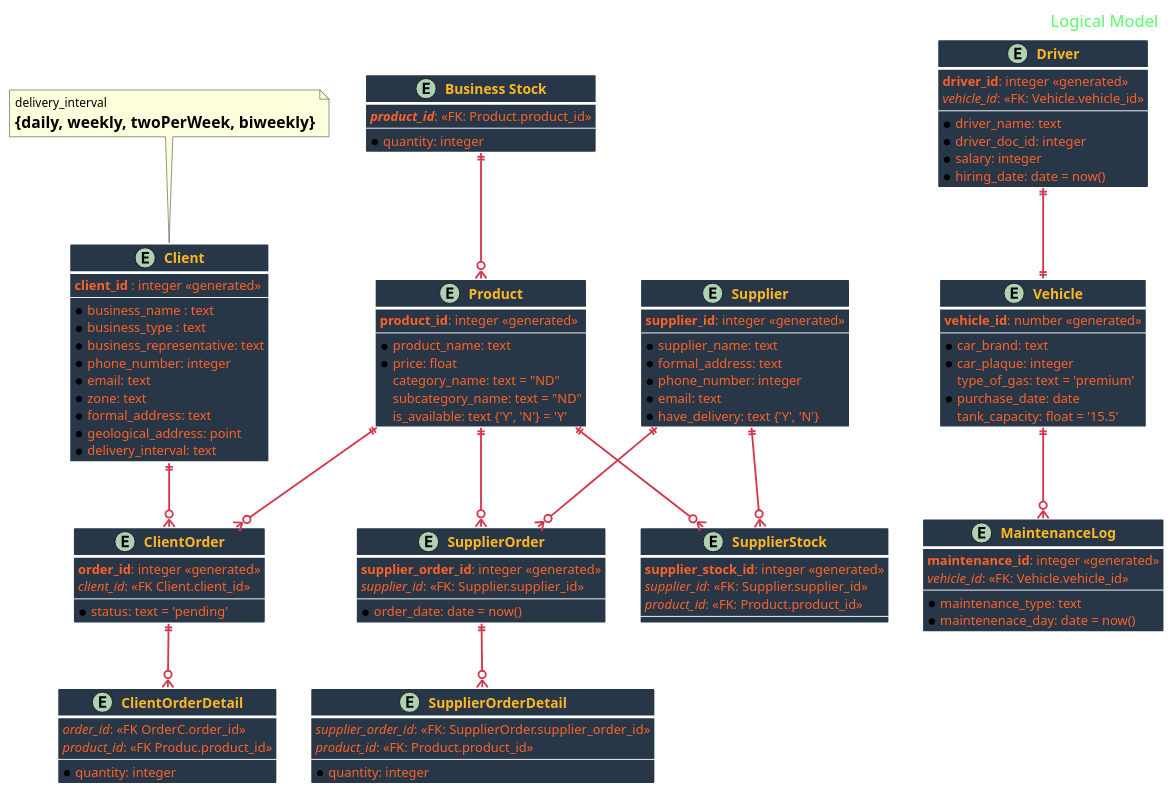
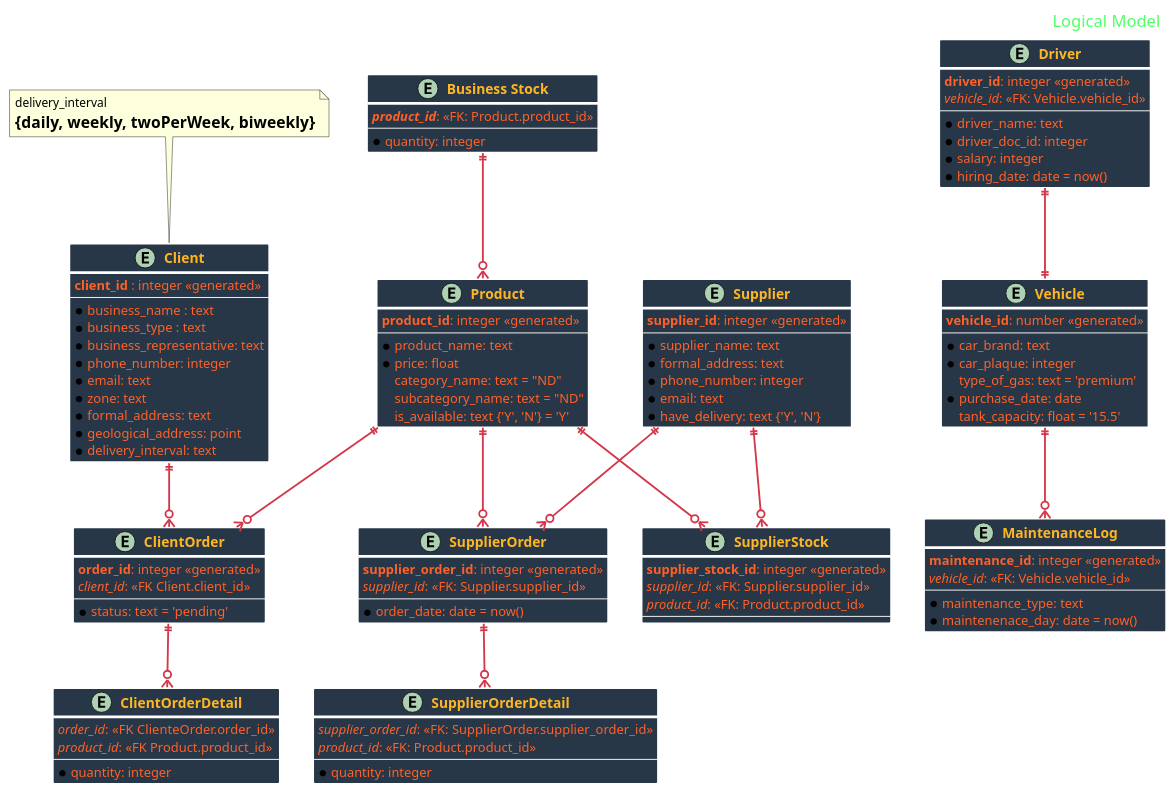
The diagram in logical_diagram.puml (hros19/CorreCaminos-management-system), drawn with PlantUML before and after one commit.

```diff
--- a/logical_diagram.puml
+++ b/logical_diagram.puml
@@ -1,144 +1,144 @@
 @startuml Logical Database Model
 
 skinparam BackgroundColor transparent
 
 skinparam HeaderFontColor #52FF69
 skinparam HeaderFontSize 18
 
 skinparam ArrowFontSize 15
 skinparam ArrowColor D3374A
 skinparam ArrowThickness 2
 skinparam ArrowFontColor #3FD0C4
 
 skinparam ClassBorderColor white
 skinparam ClassBorderThickness 3
 skinparam ClassAttributeFontSize 14
 skinparam ClassAttributeFontColor FF6127
 skinparam ClassBackgroundColor #283747
 skinparam ClassFontSize 15
 skinparam ClassFontStyle Bold
 skinparam ClassFontColor #FFB623
 
 
 header Logical Model
 
 entity "Client" as Client {
   **client_id** : integer <<generated>>
   --
   *business_name : text
   *business_type : text
   *business_representative: text
   *phone_number: integer
   *email: text
   *zone: text
   *formal_address: text
   *geological_address: point
   *delivery_interval: text
 }
 note top
   delivery_interval 
   = {daily, weekly, twoPerWeek, biweekly}
 end note
 
 entity "Vehicle" as Vehicle {
     **vehicle_id**: number <<generated>>
     --
     *car_brand: text
     *car_plaque: integer
     type_of_gas: text = 'premium'
     *purchase_date: date
     tank_capacity: float = '15.5' 
 }
 
 entity "MaintenanceLog" as MaintenanceLog {
     **maintenance_id**: integer <<generated>>
      //vehicle_id//: <<FK: Vehicle.vehicle_id>> 
     --
     *maintenance_type: text
     *maintenenace_day: date = now()
 }
 
 entity "Driver" as Driver {
     **driver_id**: integer <<generated>>
     //vehicle_id//: <<FK: Vehicle.vehicle_id>>
     --
     *driver_name: text
     *driver_doc_id: integer
     *salary: integer
     *hiring_date: date = now()
 }
 
 entity "ClientOrder" as OrderC{
     **order_id**: integer <<generated>>
     //client_id//: <<FK Client.client_id>>
     --
     *status: text = 'pending'
 }
 
 entity "ClientOrderDetail" as OrderDetail {
-    //order_id//: <<FK OrderC.order_id>>
-    //product_id//: <<FK Produc.product_id>>
+    //order_id//: <<FK ClienteOrder.order_id>>
+    //product_id//: <<FK Product.product_id>>
     --
     *quantity: integer
 }
 
 entity "Business Stock" as BusinessStock {
     **//product_id//**: <<FK: Product.product_id>>
     --
     *quantity: integer
 }
 
 entity "Supplier" as Supplier {
     **supplier_id**: integer <<generated>>
     --
     *supplier_name: text
     *formal_address: text
     *phone_number: integer
     *email: text
     *have_delivery: text {'Y', 'N'}
 }
 
 entity "Product" as Product {
     **product_id**: integer <<generated>>
     --
     *product_name: text
     *price: float
     category_name: text = "ND"
     subcategory_name: text = "ND"
     is_available: text {'Y', 'N'} = 'Y'
 }
 
 entity "SupplierStock" as SupplierStock {
     **supplier_stock_id**: integer <<generated>>
     //supplier_id//: <<FK: Supplier.supplier_id>>
     //product_id//: <<FK: Product.product_id>>
     --
 }
 
 entity "SupplierOrder" as SupplierOrder {
     **supplier_order_id**: integer <<generated>>
     //supplier_id//: <<FK: Supplier.supplier_id>>
     --
    *order_date: date = now()
 }
 
 entity "SupplierOrderDetail" as SupplierOrderDetail {
     //supplier_order_id//: <<FK: SupplierOrder.supplier_order_id>>
     //product_id//: <<FK: Product.product_id>>
     --
     *quantity: integer
 }
 
 Driver ||--|| Vehicle
 Vehicle ||--o{ MaintenanceLog
 Client ||--o{ OrderC
 Product ||--o{ OrderC
 OrderC ||--o{ OrderDetail
 Supplier ||--o{ SupplierOrder
 Supplier ||--o{ SupplierStock
 Product ||--o{ SupplierStock
 Product ||--o{ SupplierOrder
 BusinessStock ||--o{ Product
 SupplierOrder ||--o{  SupplierOrderDetail
 
 @enduml
```
